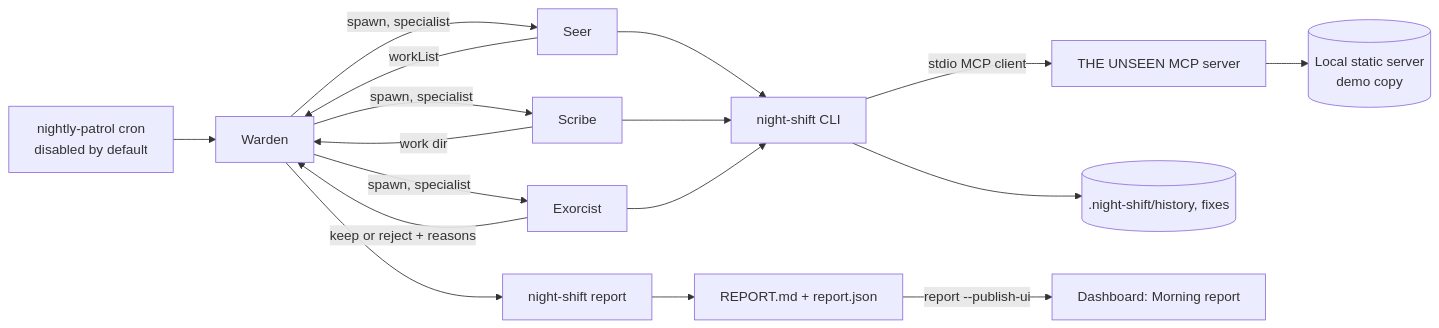
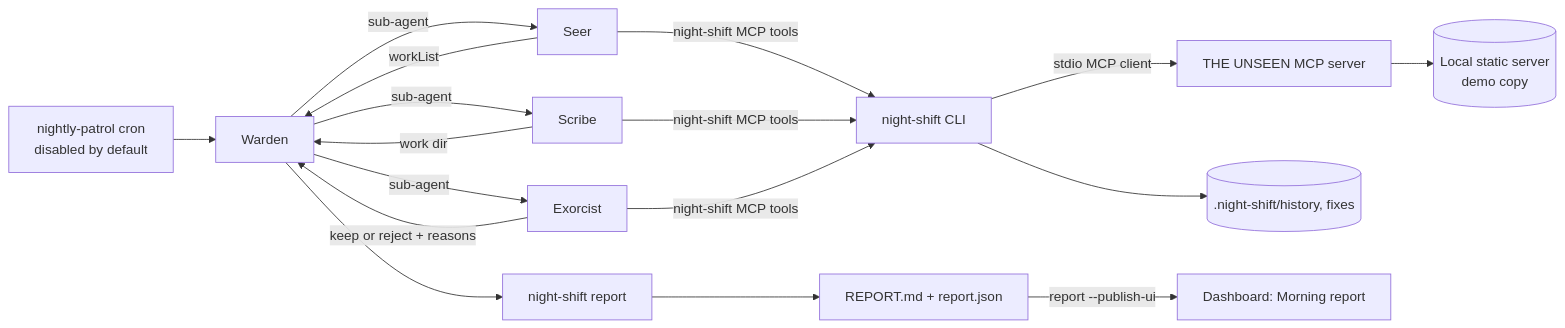
The diagram in .kiro/specs/night-shift/design.md (PRIEST099/night-shift), drawn with Mermaid before and after one commit. The commit also changed 4 other files, not shown here.

````diff
--- a/.kiro/specs/night-shift/design.md
+++ b/.kiro/specs/night-shift/design.md
@@ -10,17 +10,17 @@
 ```mermaid
 flowchart LR
   cron[nightly-patrol cron<br/>disabled by default] --> W[Warden]
-  W -->|spawn, specialist| S[Seer]
+  W -->|sub-agent| S[Seer]
   S -->|workList| W
-  W -->|spawn, specialist| C[Scribe]
+  W -->|sub-agent| C[Scribe]
   C -->|work dir| W
-  W -->|spawn, specialist| E[Exorcist]
+  W -->|sub-agent| E[Exorcist]
   E -->|keep or reject + reasons| W
   W --> R[night-shift report]
-  S & C & E --> CLI[night-shift CLI]
+  S & C & E -->|night-shift MCP tools| CLI[night-shift CLI]
   CLI -->|stdio MCP client| U[THE UNSEEN MCP server]
   U --> T[(Local static server<br/>demo copy)]
   CLI --> H[(.night-shift/history, fixes)]
   R --> REP[REPORT.md + report.json]
   REP -->|report --publish-ui| UI[Dashboard: Morning report]
 ```
````
